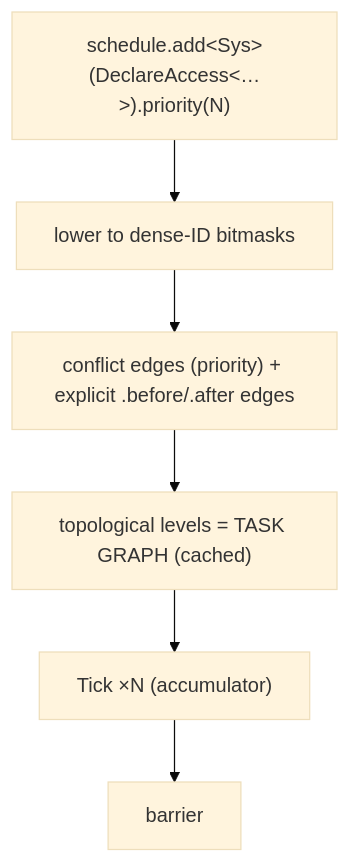
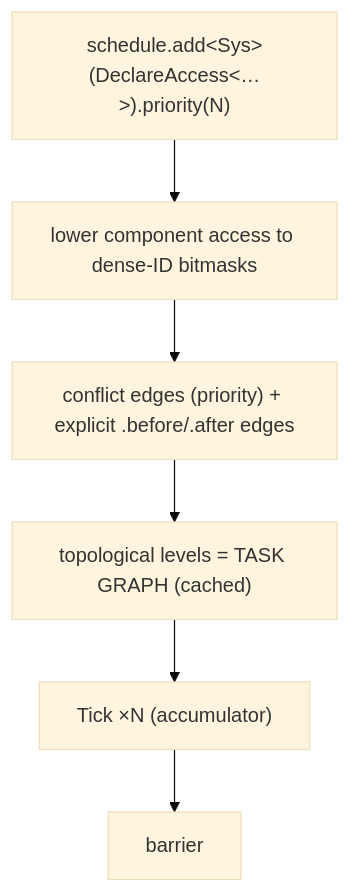
Before and after one commit to techattackteam/TechEngine-vault: the first of 2 diagrams in 04 Design Docs/Systems/Task Graph — Execution Flow.md, drawn with Mermaid (base theme). The commit also changed other lines of this file and 8 other files, not shown here.

````diff
--- a/04 Design Docs/Systems/Task Graph — Execution Flow.md
+++ b/04 Design Docs/Systems/Task Graph — Execution Flow.md
@@ -61,8 +75,8 @@
 ```mermaid
 flowchart TD
-  A["schedule.add&lt;Sys&gt;(DeclareAccess&lt;…&gt;).priority(N)"] --> B["lower to dense-ID bitmasks"]
+  A["schedule.add&lt;Sys&gt;(DeclareAccess&lt;…&gt;).priority(N)"] --> B["lower component access to dense-ID bitmasks"]
   B --> C["conflict edges (priority) + explicit .before/.after edges"]
   C --> D["topological levels = TASK GRAPH (cached)"]
   D --> E["Tick ×N (accumulator)"]
   E --> F["barrier"]
 ```
````
